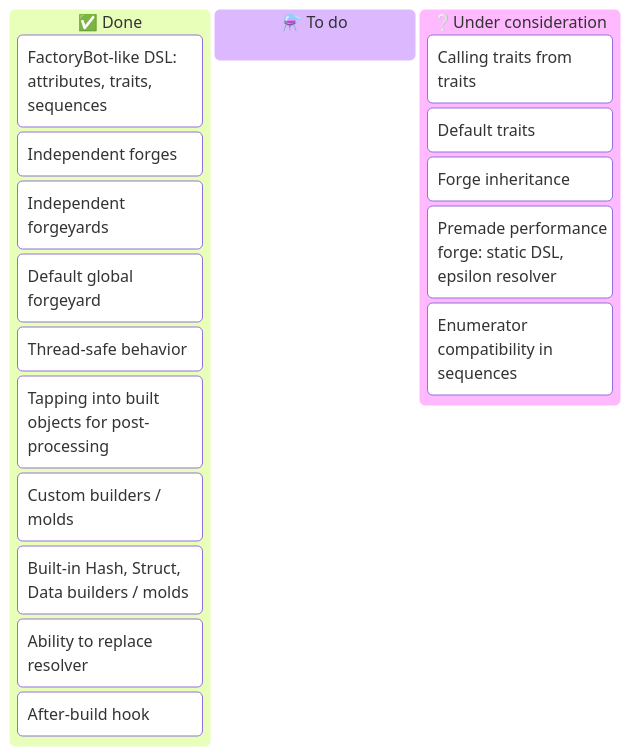
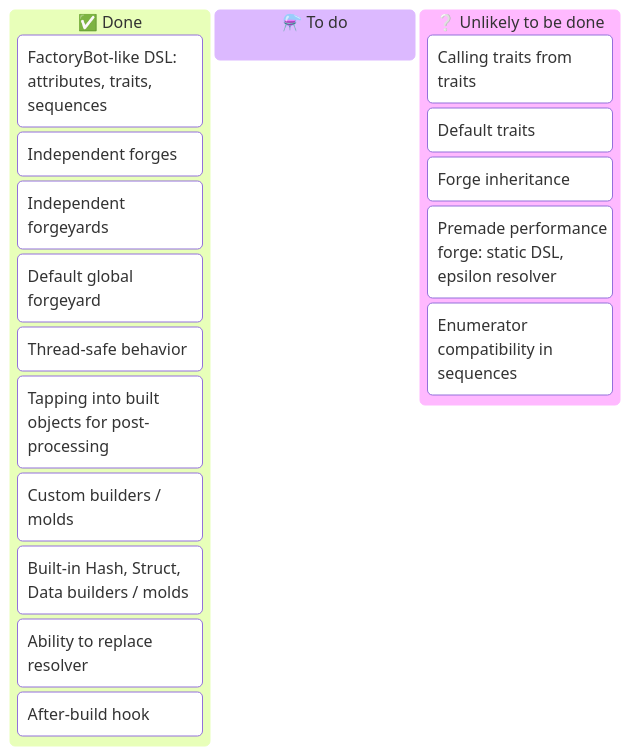
Before and after one commit to trinistr/object_forge: the diagram in README.md, drawn with Mermaid. The commit also changed 11 other files, not shown here.

````diff
--- a/README.md
+++ b/README.md
@@ -313,21 +313,21 @@
 ```mermaid
 kanban
   [✅ Done]
     [FactoryBot-like DSL: attributes, traits, sequences]
     [Independent forges]
     [Independent forgeyards]
     [Default global forgeyard]
     [Thread-safe behavior]
     [Tapping into built objects for post-processing]
     [Custom builders / molds]
     [Built-in Hash, Struct, Data builders / molds]
     [Ability to replace resolver]
     [After-build hook]
   [⚗️ To do]
-  [❔Under consideration]
+  [❔ Unlikely to be done]
     [Calling traits from traits]
     [Default traits]
     [Forge inheritance]
     [Premade performance forge: static DSL, epsilon resolver]
     [Enumerator compatibility in sequences]
 ```
````
